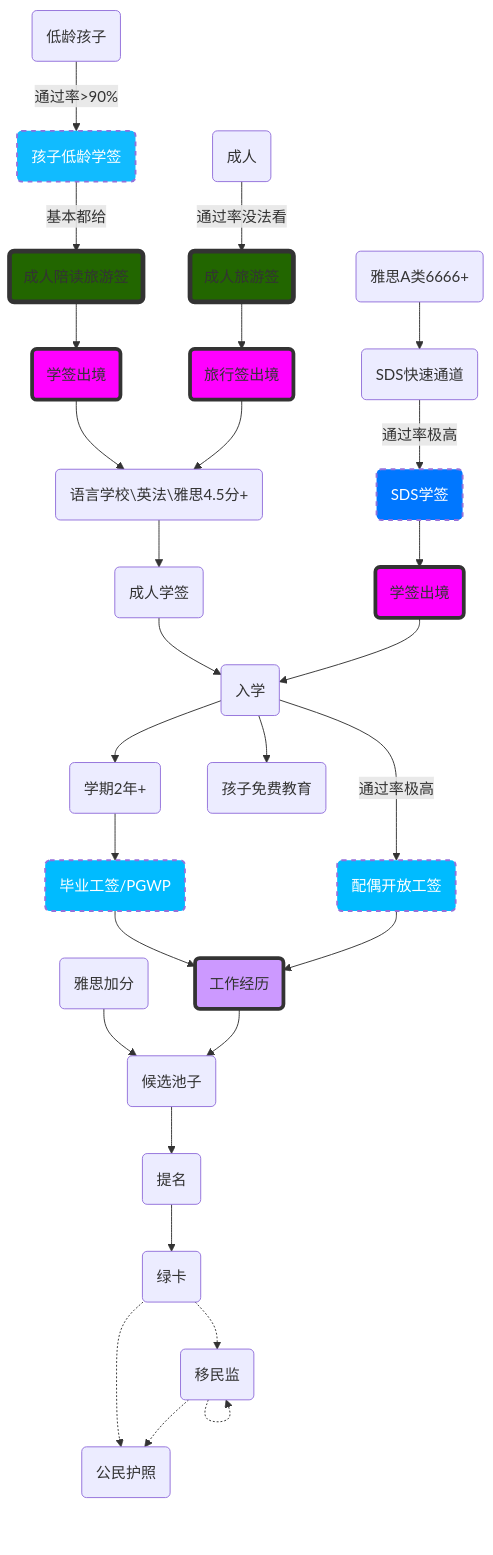
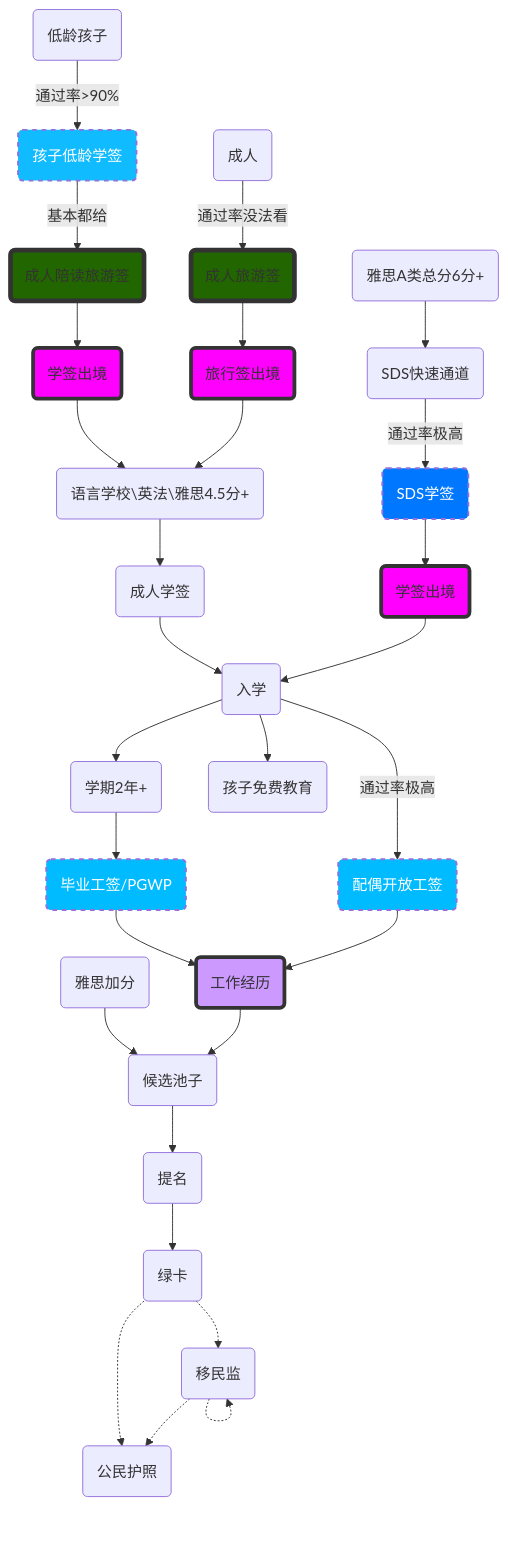
One commit to godvmxi/godvmxi.github.io changed the diagram in source/_posts/imm-ca-visa-review.md. Above: the diagram before and after it, drawn with Mermaid. The commit also changed 2 other files, not shown here.

Commit message:
update CA SDS score request

```diff
--- a/source/_posts/imm-ca-visa-review.md
+++ b/source/_posts/imm-ca-visa-review.md
@@ -92,7 +92,7 @@
     Citizen("公民护照")
     ImmJail("移民监")
     ChildFreeStudy("孩子免费教育")
-    IELTS666("雅思A类6666+")
+    IELTS666("雅思A类总分6分+")
     SDS("SDS快速通道")
     CustomsDepartureStudy("学签出境")
     CustomsDepartureStudy2("学签出境")
```
